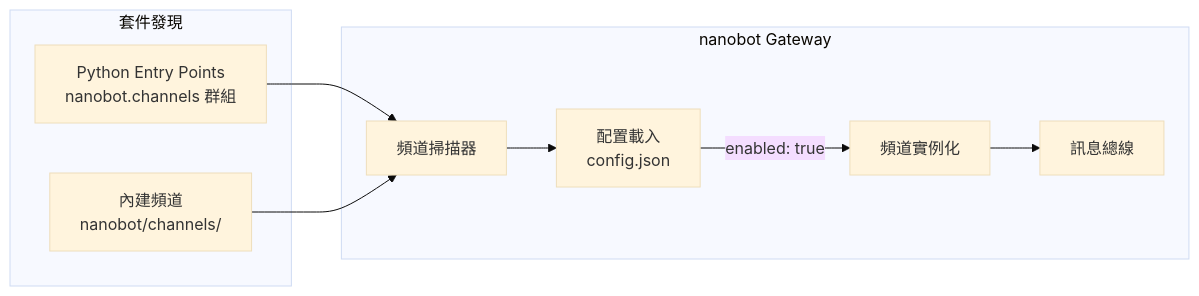
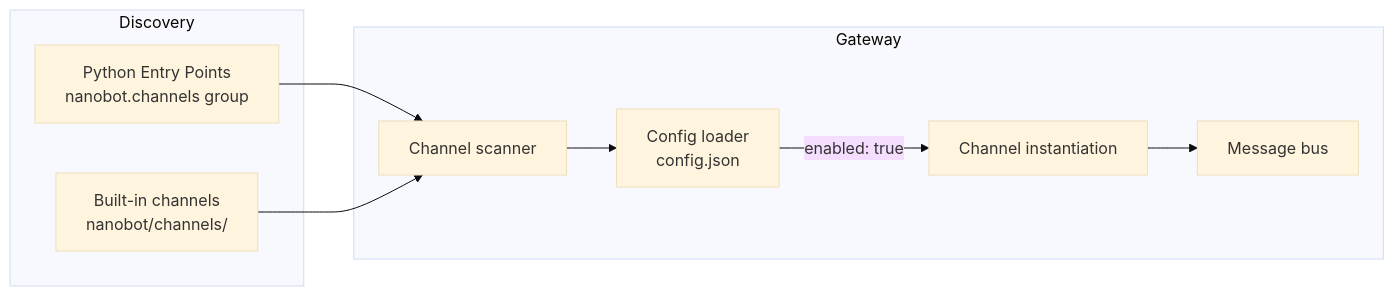
The diagram in docs/development/channel-plugin.md (HKUDS/nanobot), drawn with Mermaid (base theme) before and after one commit. The commit also changed other lines of this file and 160 other files, not shown here.

````diff
--- a/docs/development/channel-plugin.md
+++ b/docs/development/channel-plugin.md
@@ -14,20 +14,20 @@
 ```mermaid
 flowchart LR
-    subgraph 套件發現
-        EP[Python Entry Points\nnanobot.channels 群組]
-        BUILTIN[內建頻道\nnanobot/channels/]
+    subgraph Discovery
+        EP[Python Entry Points\nnanobot.channels group]
+        BUILTIN[Built-in channels\nnanobot/channels/]
     end
 
-    subgraph nanobot Gateway
-        SCAN[頻道掃描器]
-        CONFIG[配置載入\nconfig.json]
-        INIT[頻道實例化]
-        BUS[訊息總線]
+    subgraph Gateway
+        SCAN[Channel scanner]
+        CONFIG[Config loader\nconfig.json]
+        INIT[Channel instantiation]
+        BUS[Message bus]
     end
 
     EP --> SCAN
     BUILTIN --> SCAN
     SCAN --> CONFIG
     CONFIG -- enabled: true --> INIT
     INIT --> BUS
 ```
````
